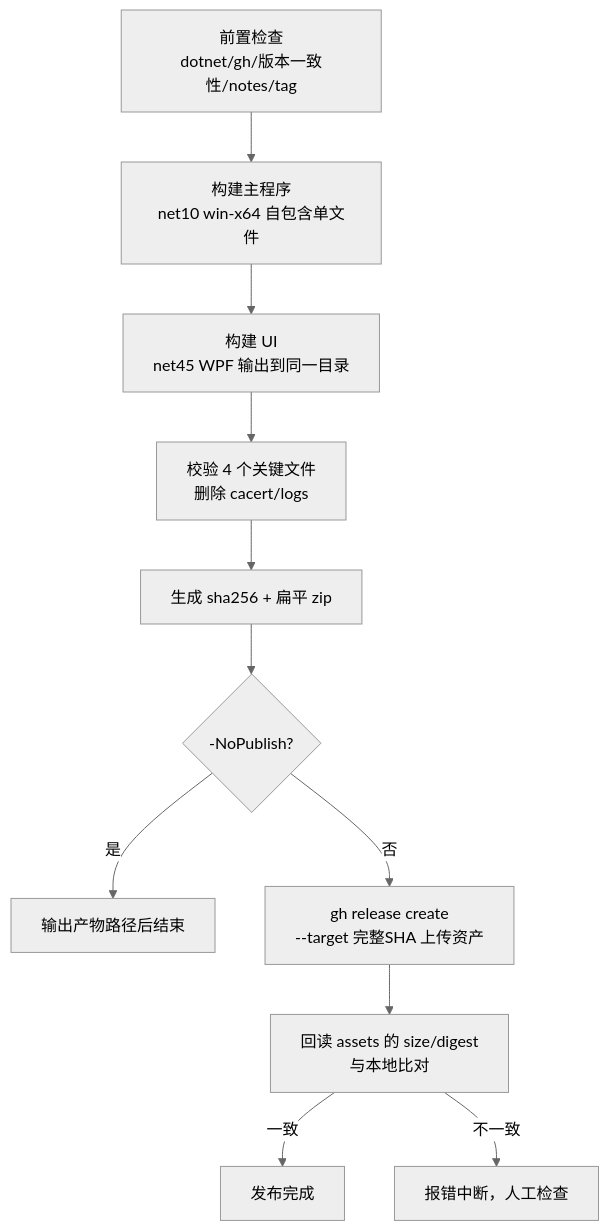
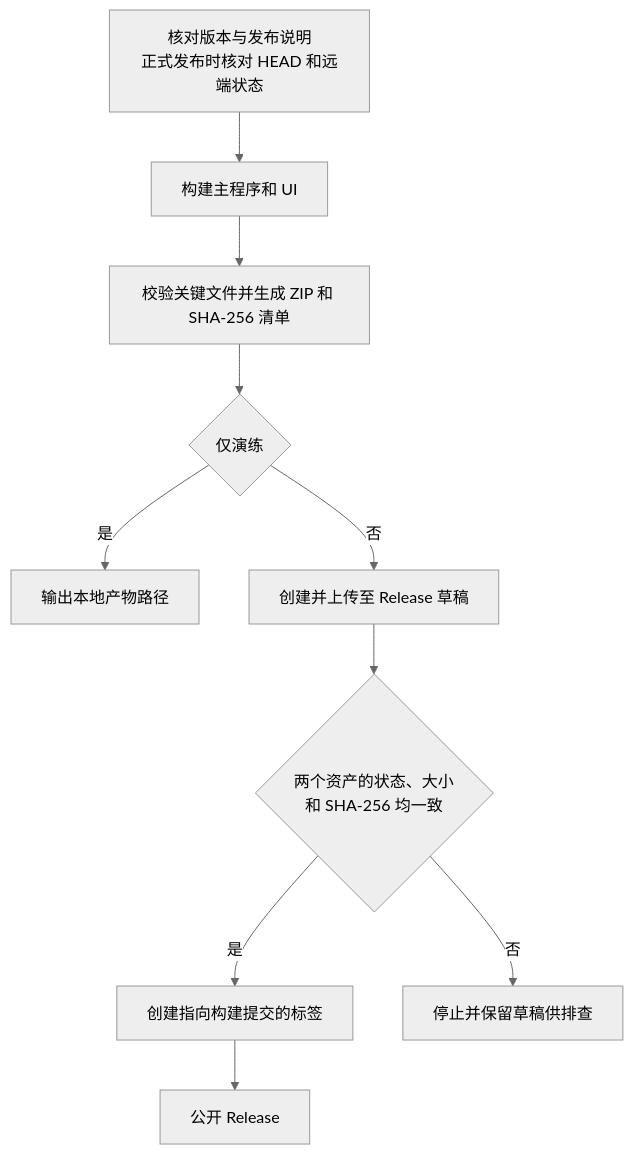
Before and after one commit to FluxForceDynamics/FastGithubOps.UI: the diagram in docs/本地发布流程.md, drawn with Mermaid (neutral theme). The commit also changed other lines of this file and 4 other files, not shown here.

````diff
--- a/docs/本地发布流程.md
+++ b/docs/本地发布流程.md
@@ -50,13 +36,12 @@
 ```mermaid
 flowchart TD
-    A[前置检查<br/>dotnet/gh/版本一致性/notes/tag] --> B[构建主程序<br/>net10 win-x64 自包含单文件]
-    B --> C[构建 UI<br/>net45 WPF 输出到同一目录]
-    C --> D[校验 4 个关键文件<br/>删除 cacert/logs]
-    D --> E[生成 sha256 + 扁平 zip]
-    E --> F{-NoPublish?}
-    F -->|是| G[输出产物路径后结束]
-    F -->|否| H[gh release create<br/>--target 完整SHA 上传资产]
-    H --> I[回读 assets 的 size/digest<br/>与本地比对]
-    I -->|一致| J[发布完成]
-    I -->|不一致| K[报错中断，人工检查]
+    A[核对版本与发布说明<br/>正式发布时核对 HEAD 和远端状态] --> B[构建主程序和 UI]
+    B --> C[校验关键文件并生成 ZIP 和 SHA-256 清单]
+    C --> D{仅演练}
+    D -->|是| E[输出本地产物路径]
+    D -->|否| F[创建并上传至 Release 草稿]
+    F --> G{两个资产的状态、大小<br/>和 SHA-256 均一致}
+    G -->|是| H[创建指向构建提交的标签]
+    H --> I[公开 Release]
+    G -->|否| J[停止并保留草稿供排查]
 ```
````
